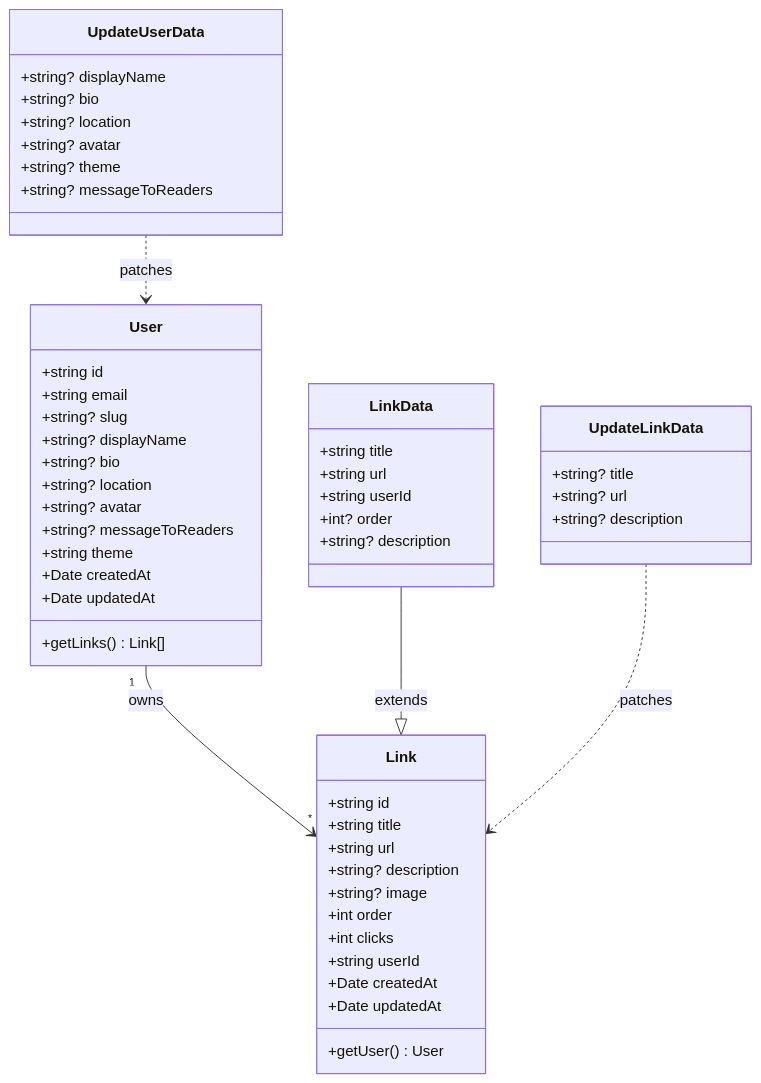
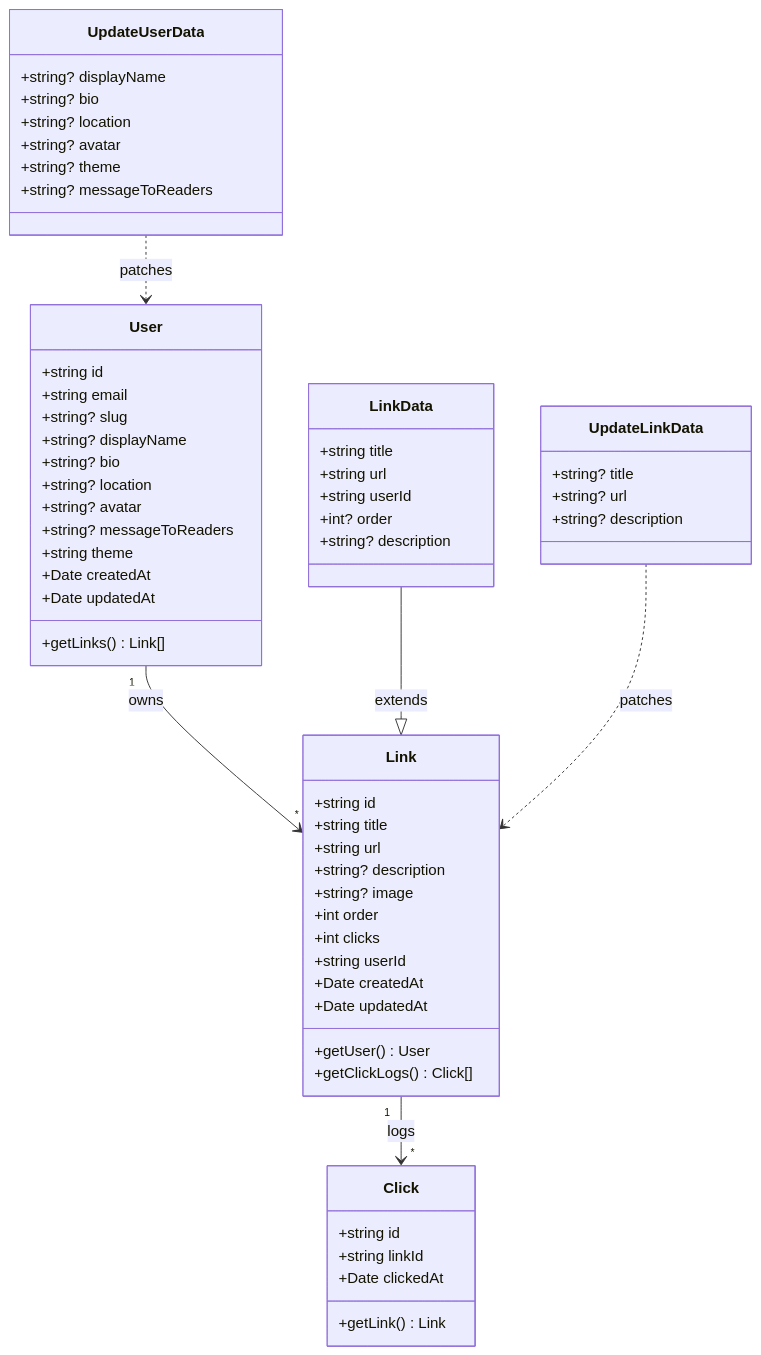
Before and after one commit to ddamaceno/NodeTree: the diagram in .docs/diagrama-classes.md, drawn with Mermaid.

Commit message:
docs: add Click entity and getClickLogs method to class diagram

````diff
--- a/.docs/diagrama-classes.md
+++ b/.docs/diagrama-classes.md
@@ -3,59 +3,68 @@
 ```mermaid
 classDiagram
     class User {
         +string id
         +string email
         +string? slug
         +string? displayName
         +string? bio
         +string? location
         +string? avatar
         +string? messageToReaders
         +string theme
         +Date createdAt
         +Date updatedAt
         +getLinks() Link[]
     }
 
     class Link {
         +string id
         +string title
         +string url
         +string? description
         +string? image
         +int order
         +int clicks
         +string userId
         +Date createdAt
         +Date updatedAt
         +getUser() User
+        +getClickLogs() Click[]
+    }
+
+    class Click {
+        +string id
+        +string linkId
+        +Date clickedAt
+        +getLink() Link
     }
 
     class LinkData {
         +string title
         +string url
         +string userId
         +int? order
         +string? description
     }
 
     class UpdateLinkData {
         +string? title
         +string? url
         +string? description
     }
 
     class UpdateUserData {
         +string? displayName
         +string? bio
         +string? location
         +string? avatar
         +string? theme
         +string? messageToReaders
     }
 
     User "1" --> "*" Link : owns
+    Link "1" --> "*" Click : logs
     LinkData --|> Link : extends
     UpdateLinkData ..> Link : patches
     UpdateUserData ..> User : patches
 ```
````
